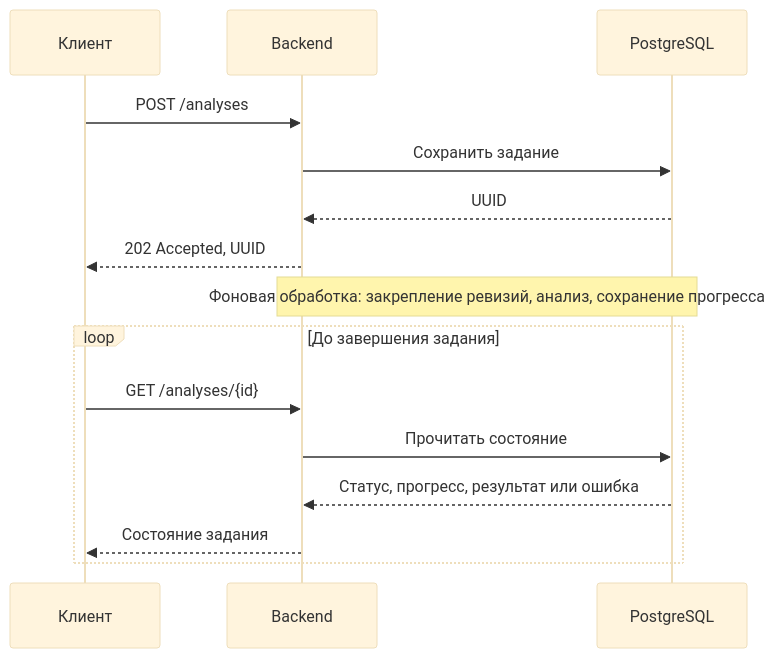
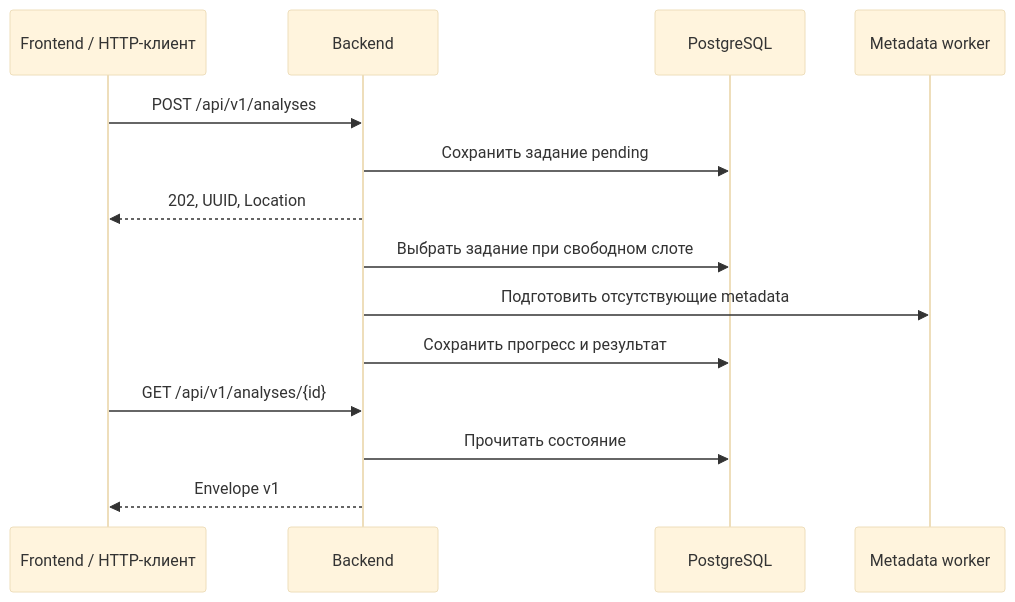
One commit to vovanbl411/gentoo-update-intelligence changed the diagram in docs/http-api.md. Above: the diagram before and after it, drawn with Mermaid (base theme). The commit also changed other lines of this file and 72 other files, not shown here.

````diff
--- a/docs/http-api.md
+++ b/docs/http-api.md
@@ -15,17 +15,16 @@
 ```mermaid
 sequenceDiagram
-    participant Client as Клиент
+    participant Client as Frontend / HTTP-клиент
     participant API as Backend
     participant DB as PostgreSQL
-    Client->>API: POST /analyses
-    API->>DB: Сохранить задание
-    DB-->>API: UUID
-    API-->>Client: 202 Accepted, UUID
-    Note over API,DB: Фоновая обработка: закрепление ревизий, анализ, сохранение прогресса
-    loop До завершения задания
-        Client->>API: GET /analyses/{id}
-        API->>DB: Прочитать состояние
-        DB-->>API: Статус, прогресс, результат или ошибка
-        API-->>Client: Состояние задания
-    end
+    participant Worker as Metadata worker
+    Client->>API: POST /api/v1/analyses
+    API->>DB: Сохранить задание pending
+    API-->>Client: 202, UUID, Location
+    API->>DB: Выбрать задание при свободном слоте
+    API->>Worker: Подготовить отсутствующие metadata
+    API->>DB: Сохранить прогресс и результат
+    Client->>API: GET /api/v1/analyses/{id}
+    API->>DB: Прочитать состояние
+    API-->>Client: Envelope v1
 ```
````
